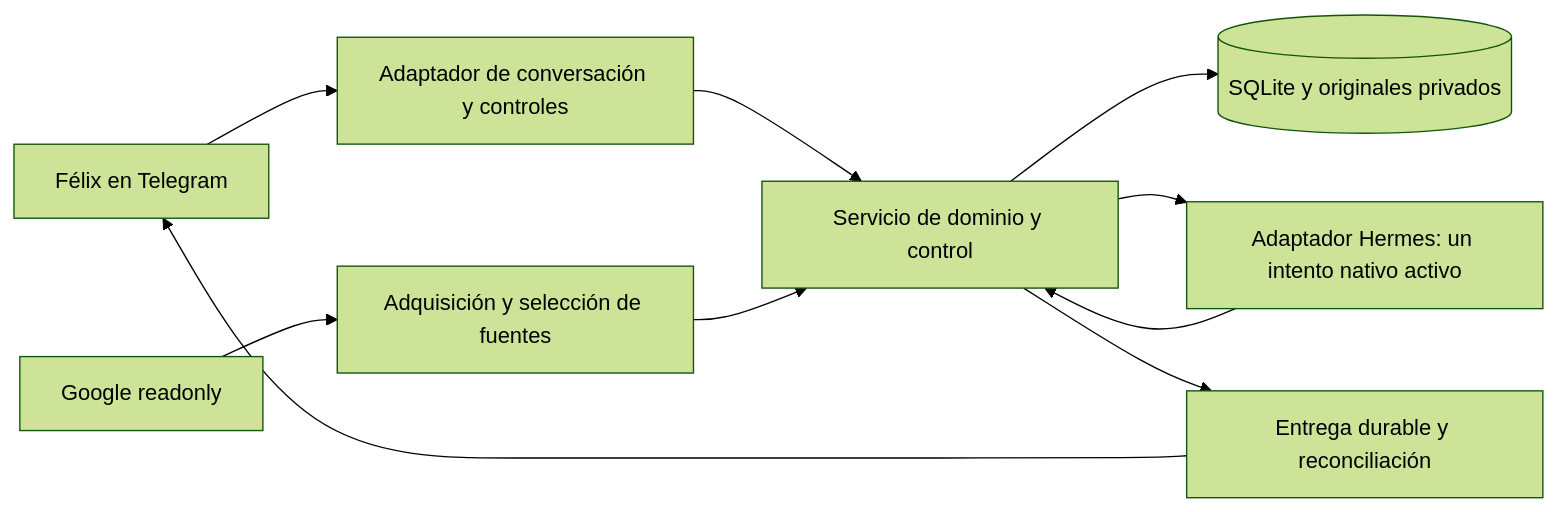
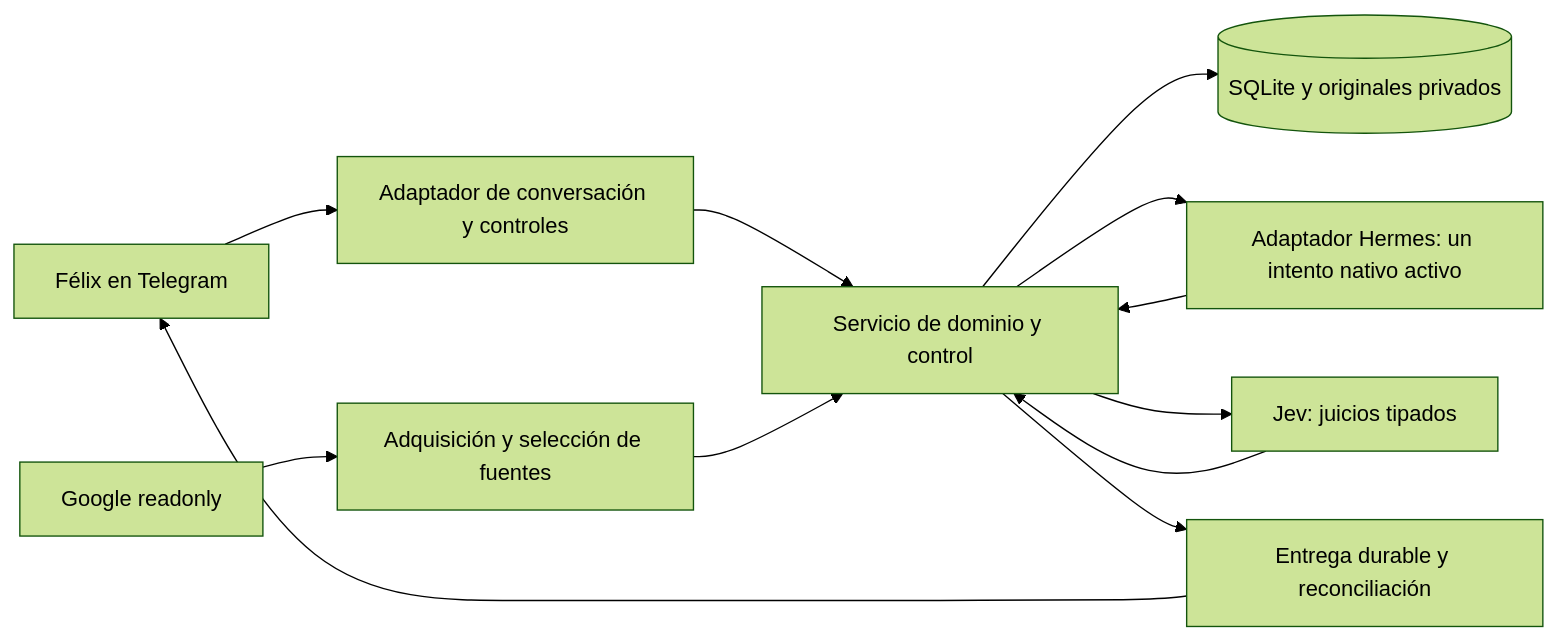
Before and after one commit to felix-antonio-sl/kora-pneuma: the diagram in docs/gtd-felix/GUIA.md, drawn with Mermaid (forest theme). The commit also changed other lines of this file and 12 other files, not shown here.

````diff
--- a/docs/gtd-felix/GUIA.md
+++ b/docs/gtd-felix/GUIA.md
@@ -212,12 +247,14 @@
 ```mermaid
 flowchart LR
   U[Félix en Telegram] --> T[Adaptador de conversación y controles]
   T --> S[Servicio de dominio y control]
   S --> D[(SQLite y originales privados)]
   S --> H[Adaptador Hermes: un intento nativo activo]
   H --> S
   G[Google readonly] --> F[Adquisición y selección de fuentes]
   F --> S
+  S --> J[Jev: juicios tipados]
+  J --> S
   S --> O[Entrega durable y reconciliación]
   O --> U
 ```
````
